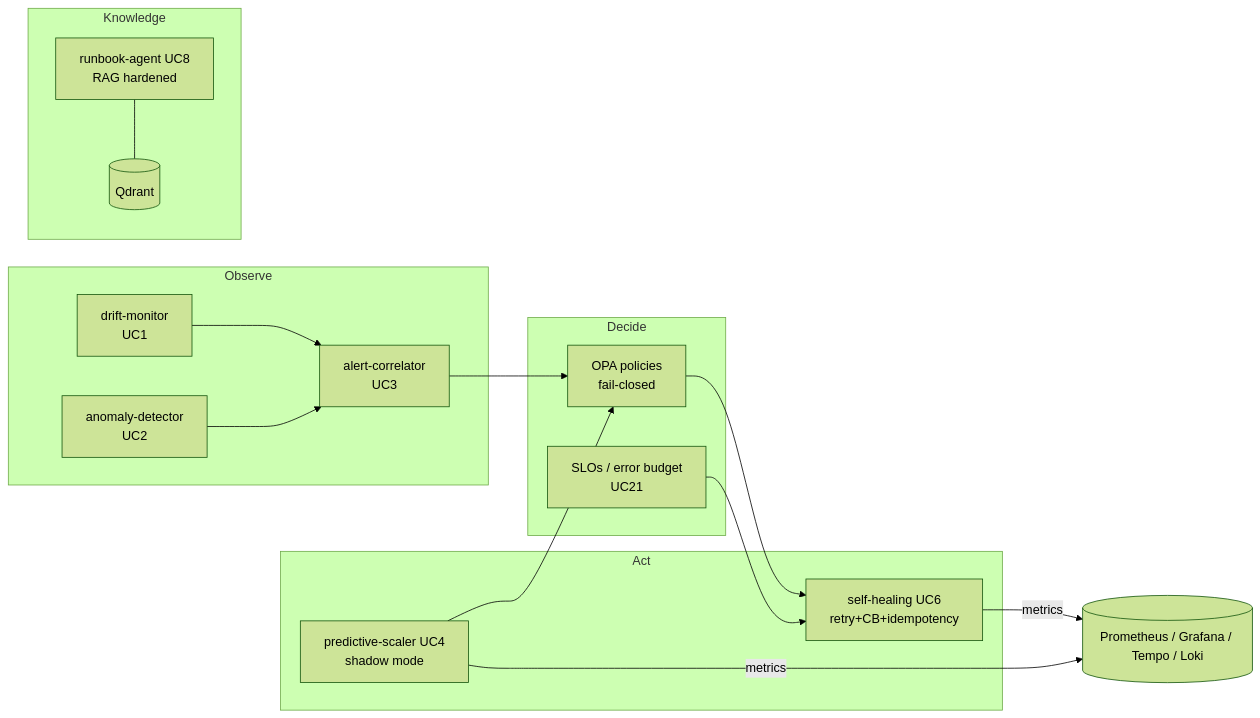
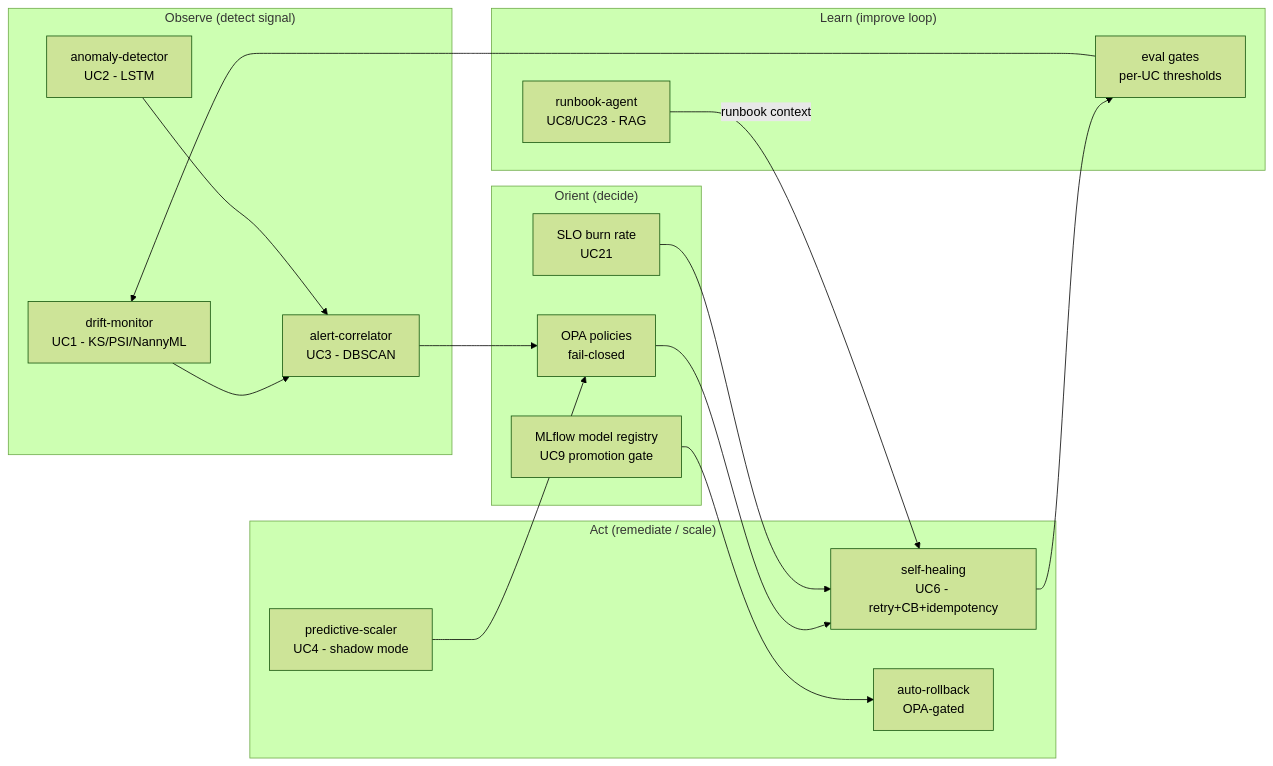
One commit to sanjeev0120test/observable-mlops-platform changed the first of 5 diagrams in README.md. Above: the diagram before and after it, drawn with Mermaid (forest theme). The commit also changed other lines of this file, not shown here.

First line of the commit message:
docs: comprehensive README with all 51 screenshots, architecture diagrams, and full tech detail

````diff
--- a/README.md
+++ b/README.md
@@ -62,22 +58,29 @@
 ```mermaid
 flowchart LR
-  subgraph Observe
-    A[drift-monitor\nUC1] ; B[anomaly-detector\nUC2] ; C[alert-correlator\nUC3]
-  end
-  subgraph Decide
-    O[OPA policies\nfail-closed] ; S[SLOs / error budget\nUC21]
-  end
-  subgraph Act
-    H[self-healing UC6\nretry+CB+idempotency] ; P[predictive-scaler UC4\nshadow mode]
-  end
-  subgraph Knowledge
-    K[runbook-agent UC8\nRAG hardened] ; Q[(Qdrant)]
-  end
-  A --> C --> O --> H
-  B --> C
-  P --> O
-  S --> H
-  K --- Q
-  H -->|metrics| M[(Prometheus / Grafana / Tempo / Loki)]
-  P -->|metrics| M
+    subgraph Observe["Observe (detect signal)"]
+        D[drift-monitor\nUC1 - KS/PSI/NannyML]
+        L[anomaly-detector\nUC2 - LSTM]
+        A[alert-correlator\nUC3 - DBSCAN]
+    end
+    subgraph Orient["Orient (decide)"]
+        O[OPA policies\nfail-closed]
+        S[SLO burn rate\nUC21]
+        M[MLflow model registry\nUC9 promotion gate]
+    end
+    subgraph Act["Act (remediate / scale)"]
+        H[self-healing\nUC6 - retry+CB+idempotency]
+        P[predictive-scaler\nUC4 - shadow mode]
+        R[auto-rollback\nOPA-gated]
+    end
+    subgraph Learn["Learn (improve loop)"]
+        K[runbook-agent\nUC8/UC23 - RAG]
+        E[eval gates\nper-UC thresholds]
+    end
+    D --> A --> O --> H
+    L --> A
+    S --> H
+    M --> R
+    P --> O
+    H --> E --> D
+    K -->|runbook context| H
 ```
````
